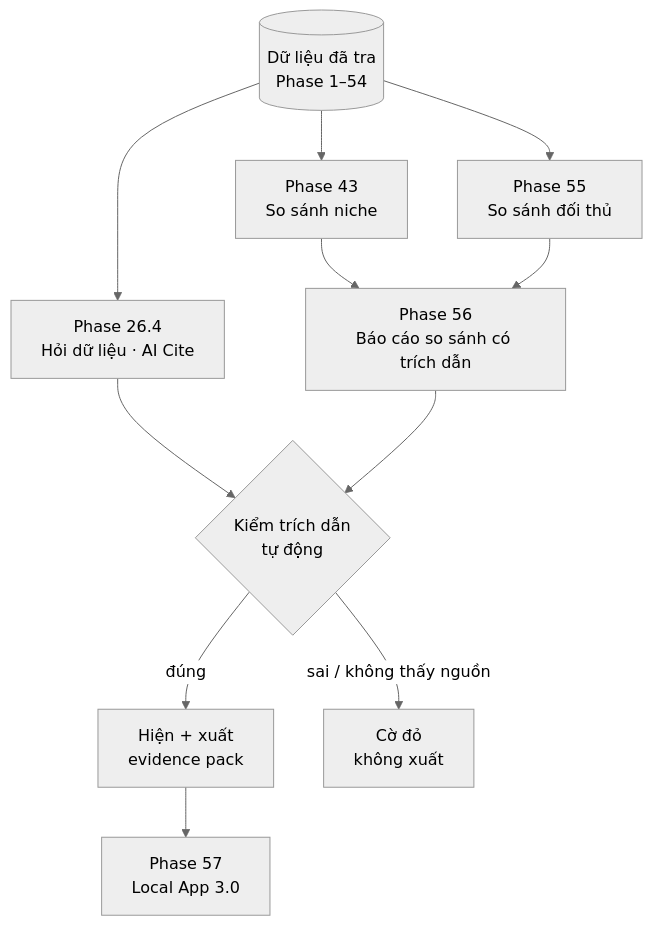
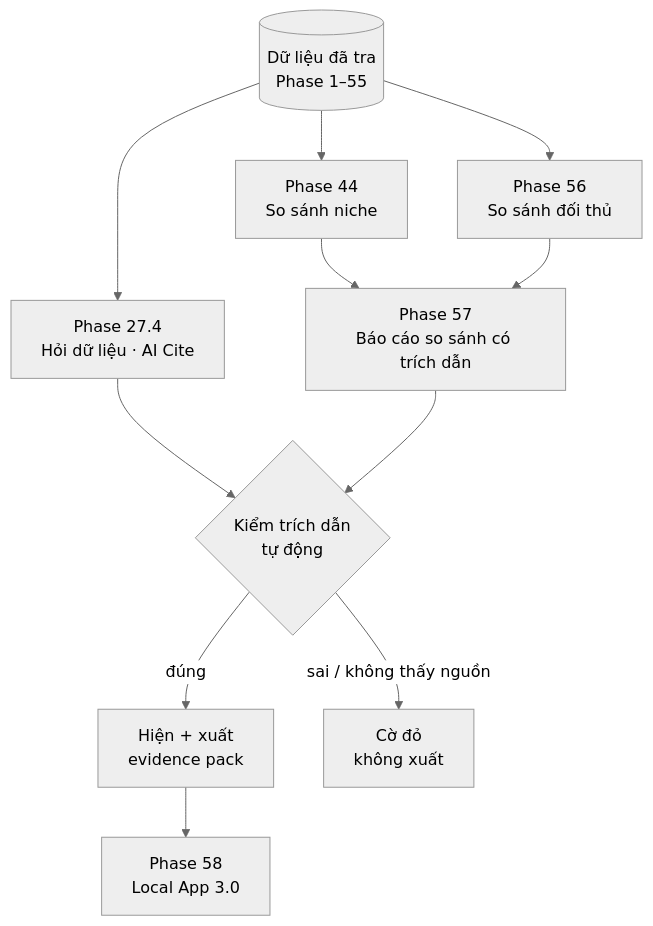
The diagram in docs/web/version-3.md (nvminhtu/niche-radar-docs), drawn with Mermaid (neutral theme) before and after one commit. The commit also changed other lines of this file and 384 other files, not shown here.

````diff
--- a/docs/web/version-3.md
+++ b/docs/web/version-3.md
@@ -23,12 +23,12 @@
 ```mermaid
 flowchart TB
-  DB[(Dữ liệu đã tra<br/>Phase 1–54)] --> N[Phase 43<br/>So sánh niche]
-  DB --> C[Phase 55<br/>So sánh đối thủ]
-  DB --> Q[Phase 26.4<br/>Hỏi dữ liệu · AI Cite]
-  N & C --> R[Phase 56<br/>Báo cáo so sánh có trích dẫn]
+  DB[(Dữ liệu đã tra<br/>Phase 1–55)] --> N[Phase 44<br/>So sánh niche]
+  DB --> C[Phase 56<br/>So sánh đối thủ]
+  DB --> Q[Phase 27.4<br/>Hỏi dữ liệu · AI Cite]
+  N & C --> R[Phase 57<br/>Báo cáo so sánh có trích dẫn]
   Q --> V{Kiểm trích dẫn<br/>tự động}
   R --> V
   V -->|đúng| OK[Hiện + xuất<br/>evidence pack]
   V -->|sai / không thấy nguồn| X[Cờ đỏ<br/>không xuất]
-  OK --> L[Phase 57<br/>Local App 3.0]
+  OK --> L[Phase 58<br/>Local App 3.0]
 ```
````
